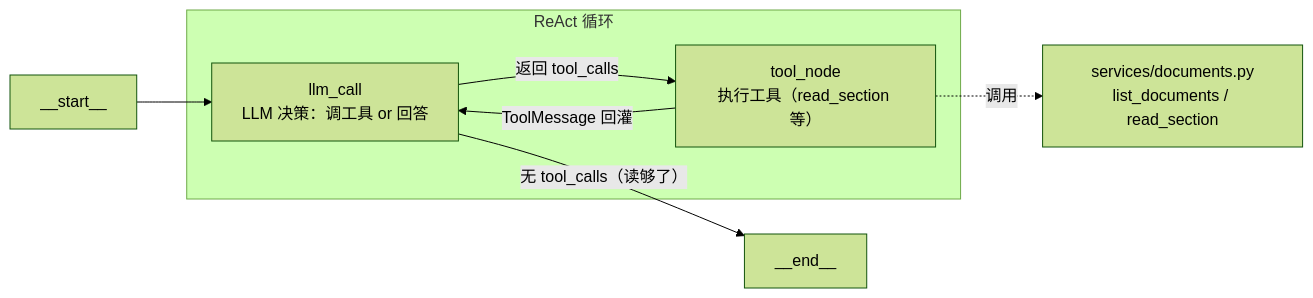
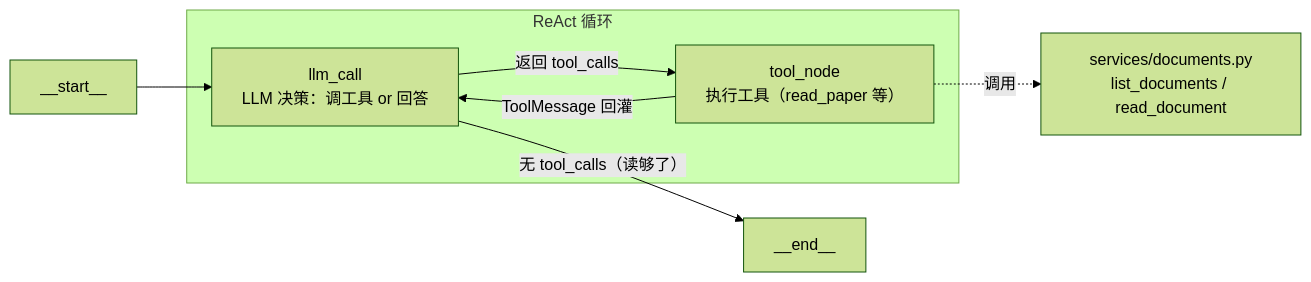
The second of 2 diagrams in 任务文档/02-LangGraph-Agent.md (00-DS/Agentic-Search), drawn with Mermaid (forest theme) before and after one commit. The commit also changed other lines of this file, not shown here.

Commit message:
docs(02): 四工具新签名——list_papers/read_paper/search_papers/extract_abstract

````diff
--- a/任务文档/02-LangGraph-Agent.md
+++ b/任务文档/02-LangGraph-Agent.md
@@ -81,12 +81,12 @@
 ```mermaid
 graph LR
     Start["__start__"] --> LLM["llm_call<br/>LLM 决策：调工具 or 回答"]
-    LLM -->|"返回 tool_calls"| Tool["tool_node<br/>执行工具（read_section 等）"]
+    LLM -->|"返回 tool_calls"| Tool["tool_node<br/>执行工具（read_paper 等）"]
     Tool -->|"ToolMessage 回灌"| LLM
     LLM -->|"无 tool_calls（读够了）"| End["__end__"]
-    Tool -.->|"调用"| Docs["services/documents.py<br/>list_documents / read_section"]
+    Tool -.->|"调用"| Docs["services/documents.py<br/>list_documents / read_document"]
     subgraph ReAct 循环
         LLM
         Tool
     end
 ```
````
